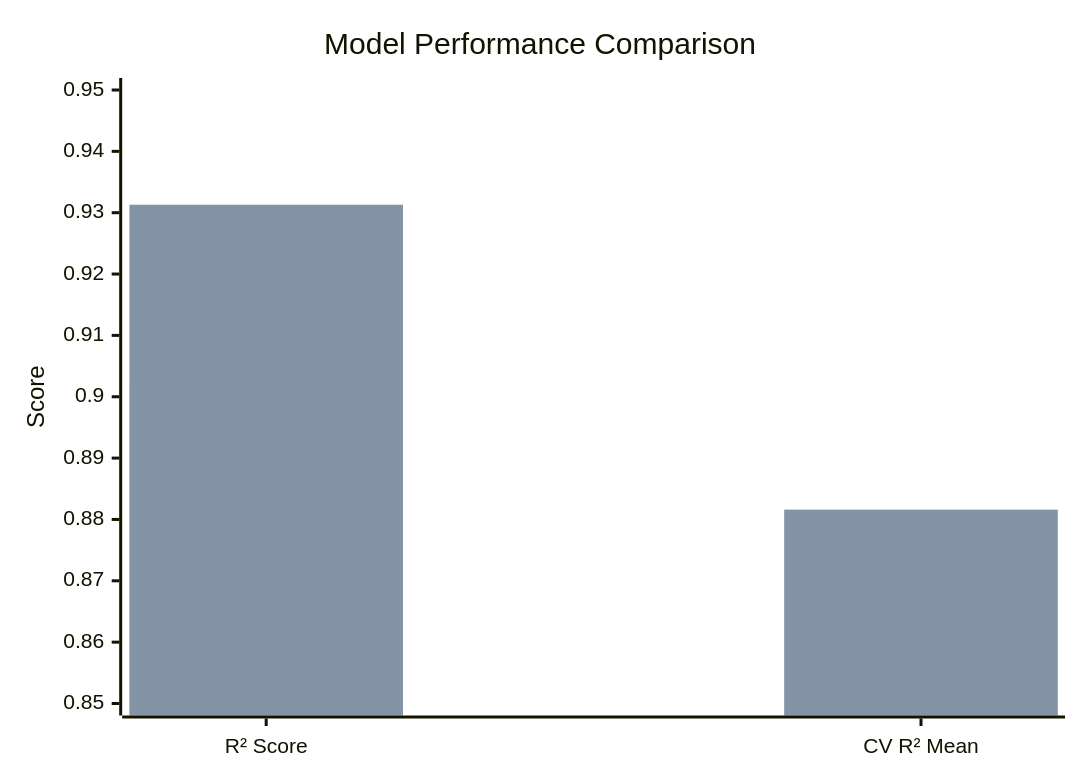
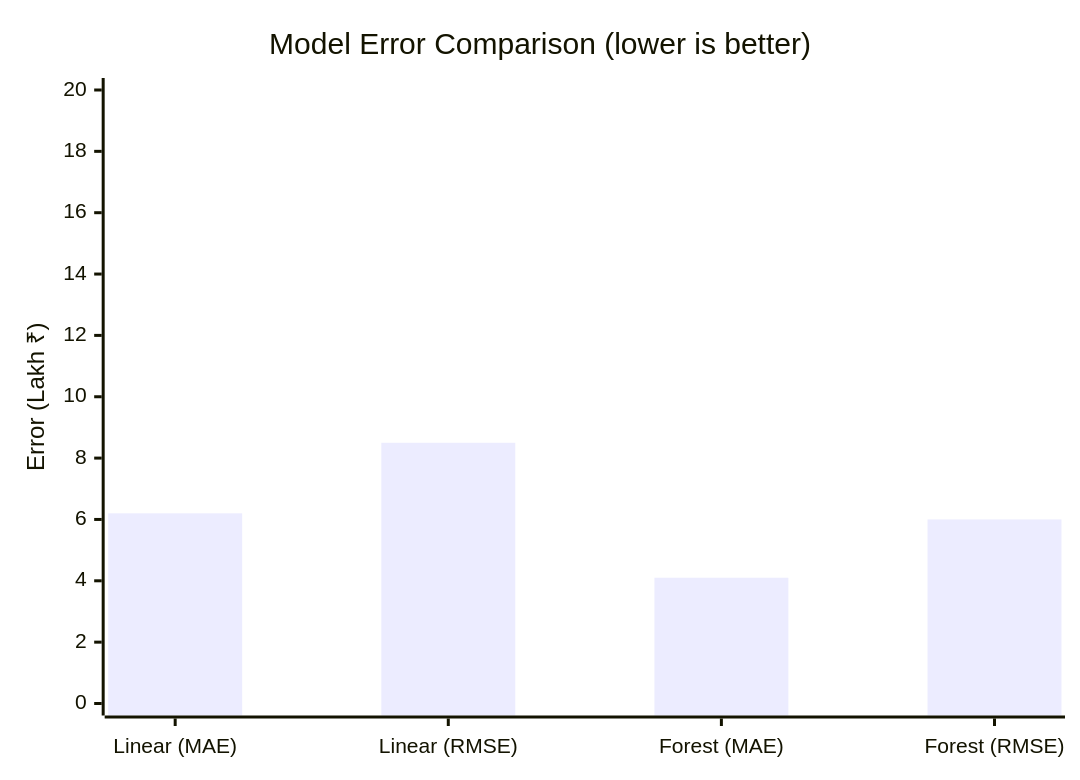
Before and after one commit to Subhadip-Paul2006/house_price_predictor: the fifth of 6 diagrams in README.md, drawn with Mermaid. The commit also changed other lines of this file and 4 other files, not shown here.

````diff
--- a/README.md
+++ b/README.md
@@ -165,8 +198,7 @@
 ```mermaid
 xychart-beta
-    title "Model Performance Comparison"
-    x-axis ["R² Score", "CV R² Mean"]
-    y-axis "Score" 0.85 --> 0.95
-    bar [0.9018, 0.8782]
-    bar [0.9313, 0.8816]
+    title "Model Error Comparison (lower is better)"
+    x-axis ["Linear (MAE)", "Linear (RMSE)", "Forest (MAE)", "Forest (RMSE)"]
+    y-axis "Error (Lakh ₹)" 0 --> 20
+    bar [6.2, 8.5, 4.1, 6.0]
 ```
````
